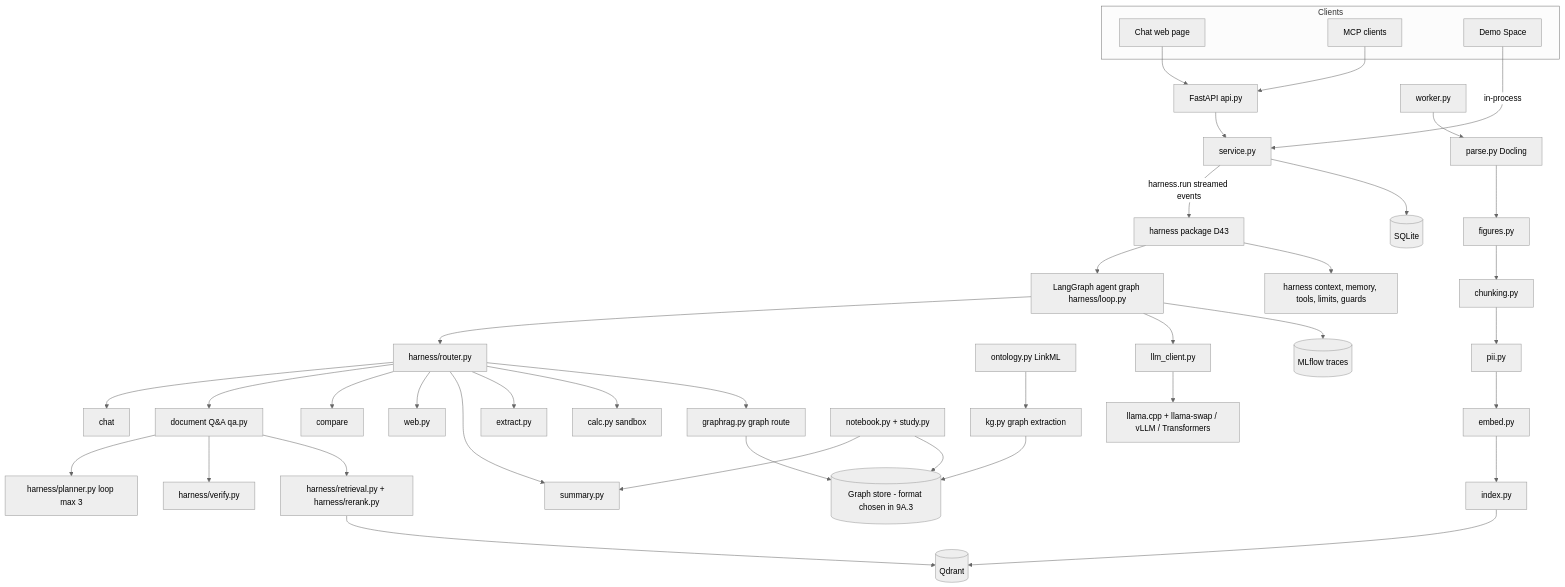
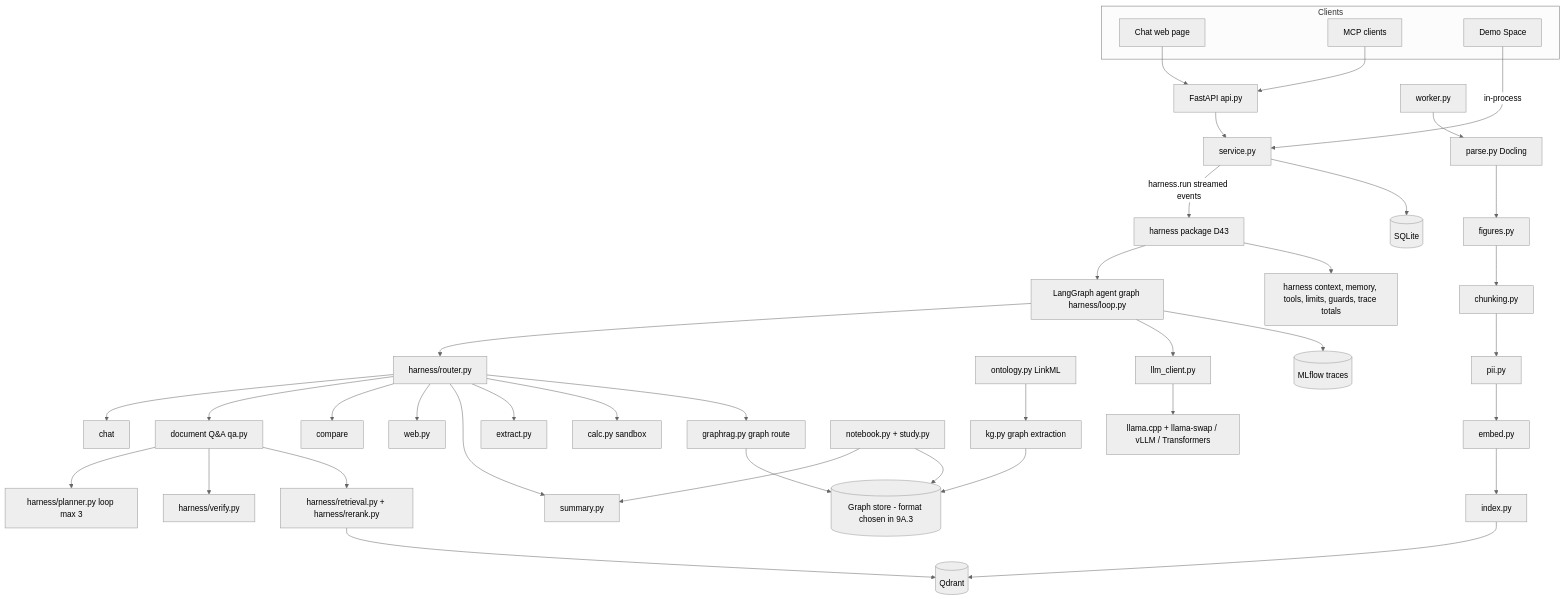
Before and after one commit to mdu-ai-lab/multiagent-ai-lab: the first of 3 diagrams in docs/04-architecture/system-architecture.md, drawn with Mermaid (neutral theme). The commit also changed 7 other files, not shown here.

Commit message:
Record the request trace totals as part of the agent harness and add a design note for the harness package

````diff
--- a/docs/04-architecture/system-architecture.md
+++ b/docs/04-architecture/system-architecture.md
@@ -17,37 +17,37 @@
 ```mermaid
 flowchart TB
   subgraph Clients
     UI[Chat web page]
     MCP[MCP clients]
     DEMO[Demo Space]
   end
   API[FastAPI api.py] --> SVC[service.py]
   UI --> API
   MCP --> API
   DEMO -->|in-process| SVC
   SVC -->|harness.run streamed events| HP[harness package D43]
   HP --> G[LangGraph agent graph harness/loop.py]
-  HP --> HX[harness context, memory, tools, limits, guards]
+  HP --> HX[harness context, memory, tools, limits, guards, trace totals]
   G --> R[harness/router.py]
   R --> CHAT[chat]
   R --> QA[document Q&A qa.py]
   R --> CMP[compare]
   R --> WEB[web.py]
   R --> SUM[summary.py]
   R --> EXT[extract.py]
   R --> CALC[calc.py sandbox]
   R --> GR2[graphrag.py graph route]
   GR2 --> KGS[(Graph store - format chosen in 9A.3)]
   ONT[ontology.py LinkML] --> KG[kg.py graph extraction] --> KGS
   NB[notebook.py + study.py] --> SUM
   NB --> KGS
   QA --> PL[harness/planner.py loop max 3]
   QA --> GR[harness/verify.py]
   QA --> RET[harness/retrieval.py + harness/rerank.py]
   RET --> QD[(Qdrant)]
   G --> LLM[llm_client.py]
   LLM --> MS[llama.cpp + llama-swap / vLLM / Transformers]
   WK[worker.py] --> PARSE[parse.py Docling] --> FIG[figures.py] --> CH[chunking.py] --> PII[pii.py] --> EMB[embed.py] --> IDX[index.py] --> QD
   SVC --> DB[(SQLite)]
   G --> ML[(MLflow traces)]
 ```
````
